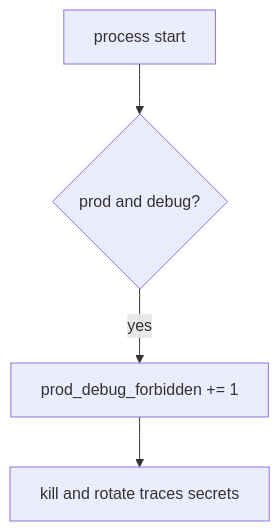
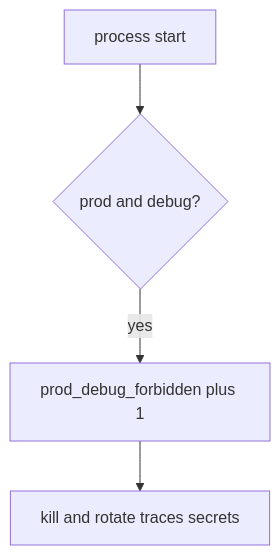
One commit to ishitvagoel/LearnSecurity changed the diagram in content/modules/10/10.4/lessons/06-operate.md. Above: the diagram before and after it, drawn with Mermaid. The commit also changed other lines of this file and 28 other files, not shown here.

````diff
--- a/content/modules/10/10.4/lessons/06-operate.md
+++ b/content/modules/10/10.4/lessons/06-operate.md
@@ -13,6 +13,6 @@
 ```mermaid
 flowchart TD
   Boot[process start] --> Pair{"prod and debug?"}
-  Pair -->|yes| Metric["prod_debug_forbidden += 1"]
+  Pair -->|yes| Metric["prod_debug_forbidden plus 1"]
   Metric --> Kill[kill and rotate traces secrets]
 ```
````
